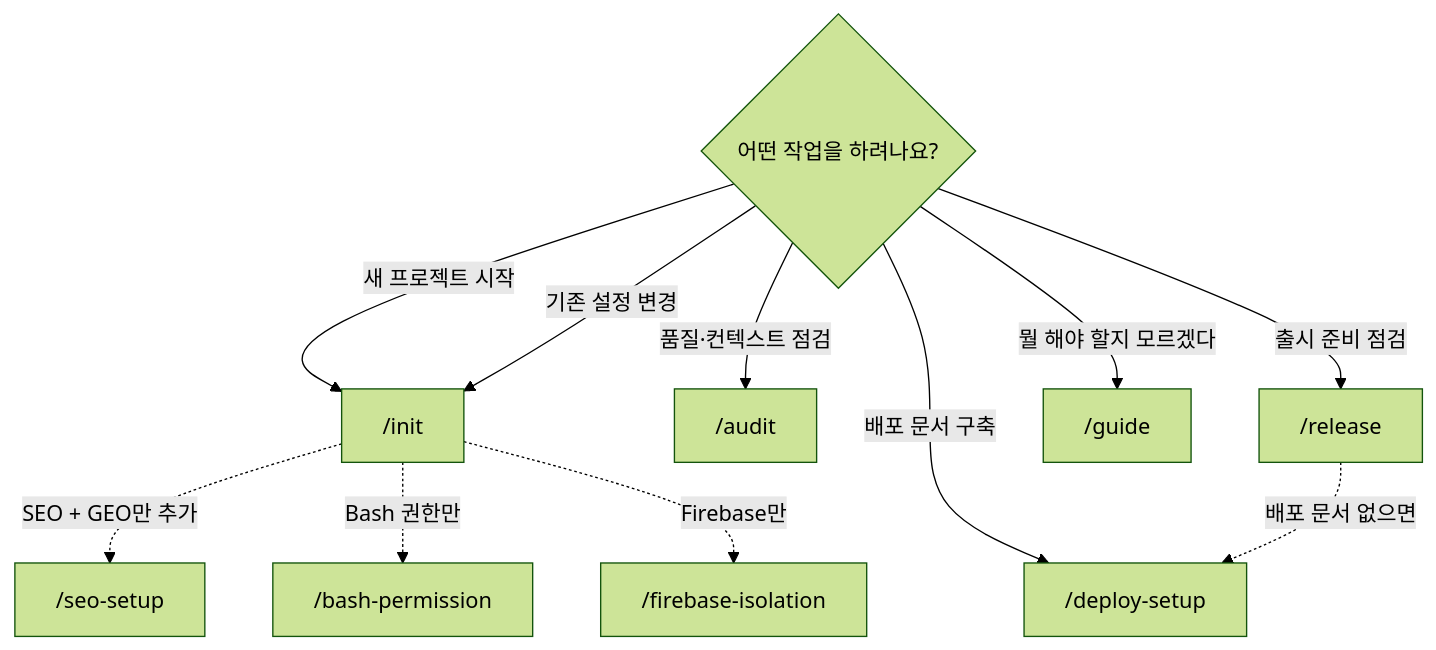
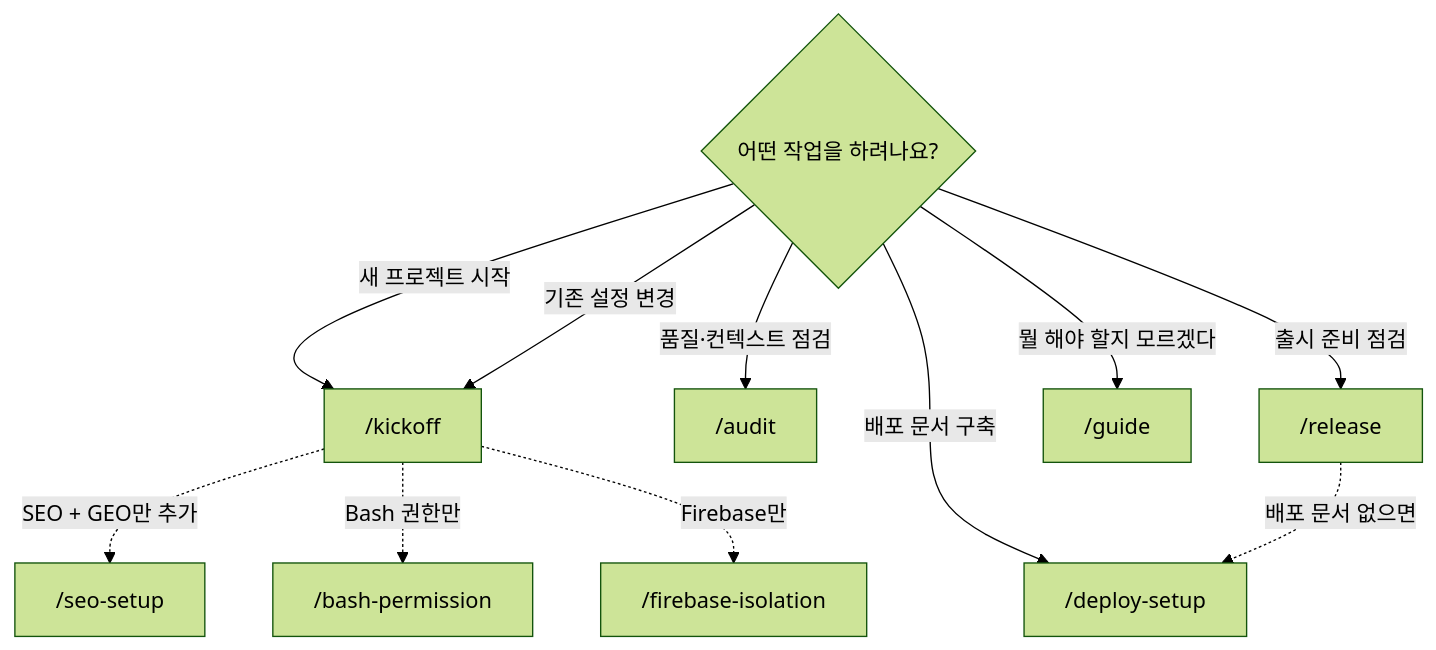
Before and after one commit to seungjaeyuu/claude-project-bootstrap: the first of 3 diagrams in README.md, drawn with Mermaid (forest theme). The commit also changed other lines of this file and 12 other files, not shown here.

Commit message:
refactor: update all /init and init-project references to /kickoff

````diff
--- a/README.md
+++ b/README.md
@@ -49,14 +49,14 @@
 ```mermaid
 flowchart TD
     START{"어떤 작업을 하려나요?"}
-    START -->|"새 프로젝트 시작"| INIT["/init"]
+    START -->|"새 프로젝트 시작"| INIT["/kickoff"]
     START -->|"기존 설정 변경"| INIT
     START -->|"품질·컨텍스트 점검"| AUDIT["/audit"]
     START -->|"출시 준비 점검"| RELEASE["/release"]
     START -->|"배포 문서 구축"| DEPLOY["/deploy-setup"]
     START -->|"뭘 해야 할지 모르겠다"| GUIDE["/guide"]
     RELEASE -.->|"배포 문서 없으면"| DEPLOY
     INIT -.->|"SEO + GEO만 추가"| SEO["/seo-setup"]
     INIT -.->|"Bash 권한만"| BASH["/bash-permission"]
     INIT -.->|"Firebase만"| FIREBASE["/firebase-isolation"]
 ```
````
